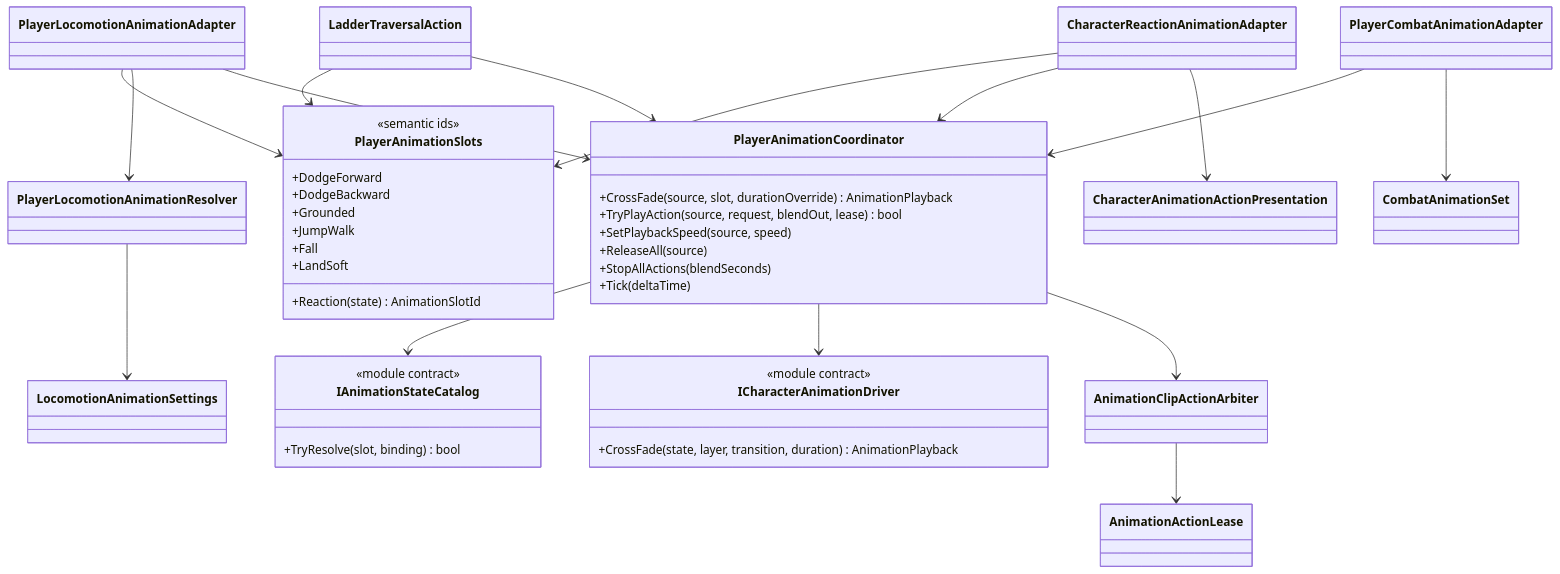
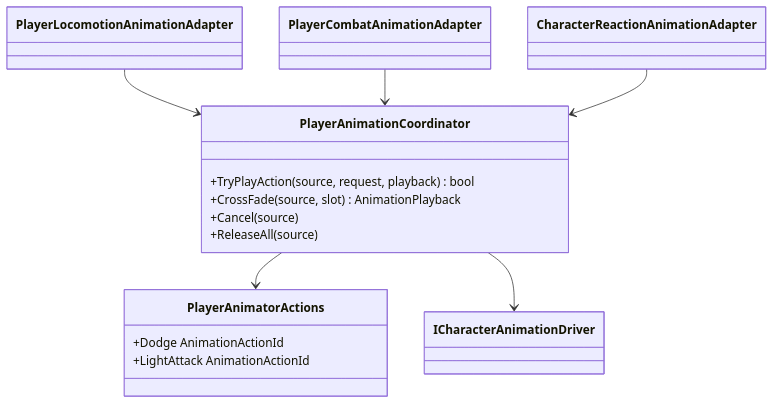
Before and after one commit to MaximFonariuc/project-s: the diagram in Assets/_App/Core/Runtime/Character/AnimationController/README.md, drawn with Mermaid. The commit also changed other lines of this file and 190 other files, not shown here.

Commit message:
refactor: rebuild player animation with KurtzPel Mecanim

````diff
--- a/Assets/_App/Core/Runtime/Character/AnimationController/README.md
+++ b/Assets/_App/Core/Runtime/Character/AnimationController/README.md
@@ -8,55 +6,23 @@
 ```mermaid
 classDiagram
-    class PlayerAnimationSlots {
-        <<semantic ids>>
-        +DodgeForward
-        +DodgeBackward
-        +Grounded
-        +JumpWalk
-        +Fall
-        +LandSoft
-        +Reaction(state) AnimationSlotId
+    class PlayerAnimatorActions {
+        +Dodge AnimationActionId
+        +LightAttack AnimationActionId
     }
     class PlayerAnimationCoordinator {
-        +CrossFade(source, slot, durationOverride) AnimationPlayback
-        +TryPlayAction(source, request, blendOut, lease) bool
-        +SetPlaybackSpeed(source, speed)
+        +TryPlayAction(source, request, playback) bool
+        +CrossFade(source, slot) AnimationPlayback
+        +Cancel(source)
         +ReleaseAll(source)
-        +StopAllActions(blendSeconds)
-        +Tick(deltaTime)
     }
-    class IAnimationStateCatalog {
-        <<module contract>>
-        +TryResolve(slot, binding) bool
-    }
-    class ICharacterAnimationDriver {
-        <<module contract>>
-        +CrossFade(state, layer, transition, duration) AnimationPlayback
-    }
+    class ICharacterAnimationDriver
     class PlayerLocomotionAnimationAdapter
-    class PlayerLocomotionAnimationResolver
-    class LocomotionAnimationSettings
     class PlayerCombatAnimationAdapter
-    class AnimationClipActionArbiter
-    class AnimationActionLease
-    class CharacterAnimationActionPresentation
-    class CombatAnimationSet
     class CharacterReactionAnimationAdapter
-    class LadderTraversalAction
 
-    PlayerLocomotionAnimationAdapter --> PlayerAnimationSlots
-    PlayerLocomotionAnimationAdapter --> PlayerLocomotionAnimationResolver
-    PlayerLocomotionAnimationResolver --> LocomotionAnimationSettings
+    PlayerLocomotionAnimationAdapter --> PlayerAnimationCoordinator
     PlayerCombatAnimationAdapter --> PlayerAnimationCoordinator
-    PlayerCombatAnimationAdapter --> CombatAnimationSet
-    CharacterReactionAnimationAdapter --> PlayerAnimationSlots
-    LadderTraversalAction --> PlayerAnimationSlots
-    PlayerLocomotionAnimationAdapter --> PlayerAnimationCoordinator
     CharacterReactionAnimationAdapter --> PlayerAnimationCoordinator
-    CharacterReactionAnimationAdapter --> CharacterAnimationActionPresentation
-    LadderTraversalAction --> PlayerAnimationCoordinator
-    PlayerAnimationCoordinator --> IAnimationStateCatalog
+    PlayerAnimationCoordinator --> PlayerAnimatorActions
     PlayerAnimationCoordinator --> ICharacterAnimationDriver
-    PlayerAnimationCoordinator --> AnimationClipActionArbiter
-    AnimationClipActionArbiter --> AnimationActionLease
 ```
````
